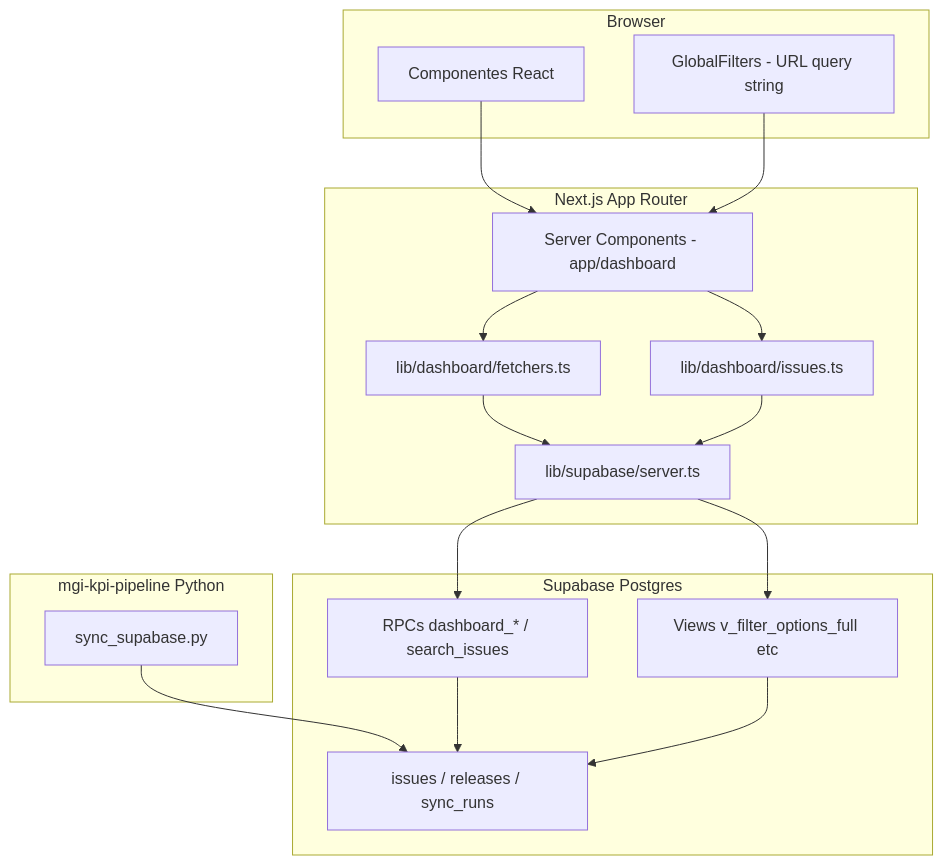
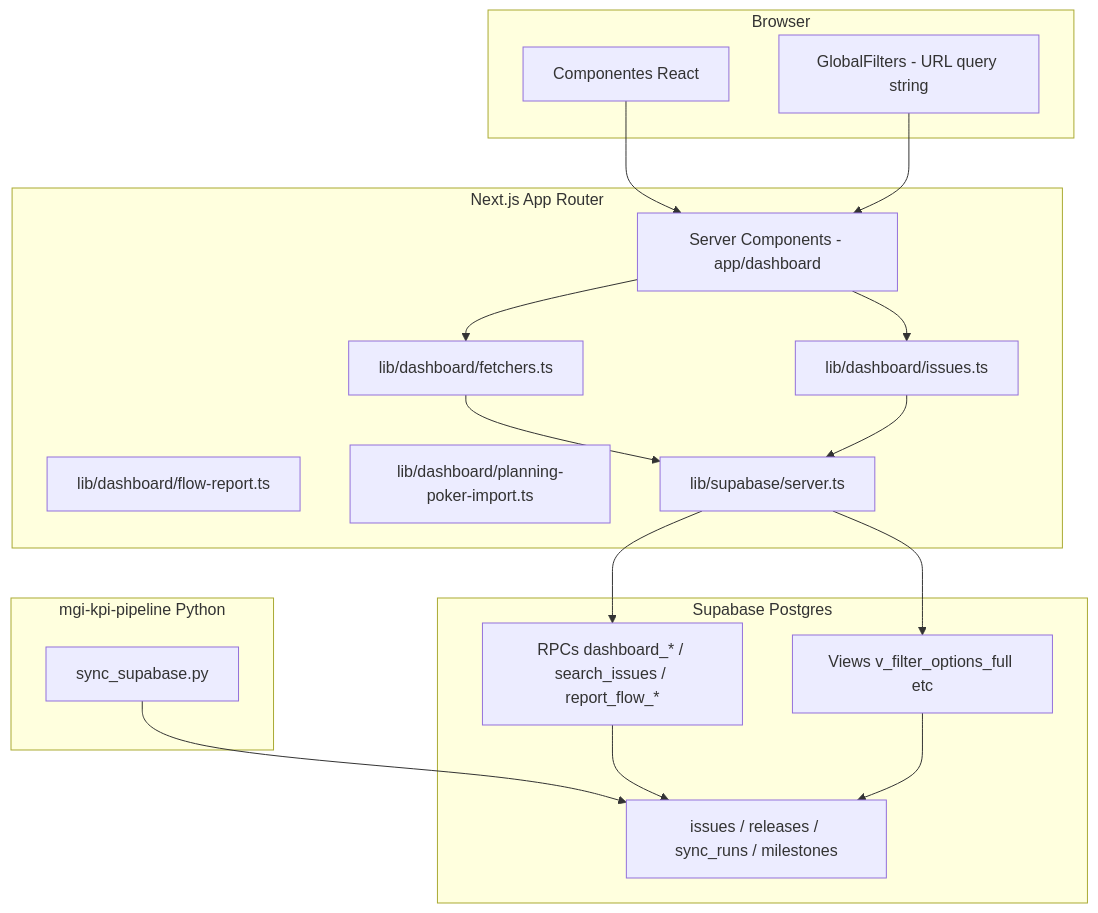
Before and after one commit to MariaHilmar/kpi-dashboard: the first of 2 diagrams in docs/02-arquitetura.md, drawn with Mermaid. The commit also changed other lines of this file and 164 other files, not shown here.

````diff
--- a/docs/02-arquitetura.md
+++ b/docs/02-arquitetura.md
@@ -20,36 +21,38 @@
 ```mermaid
 flowchart TB
   subgraph browser [Browser]
     UI[Componentes React]
     Filters[GlobalFilters - URL query string]
   end
 
   subgraph next [Next.js App Router]
     Pages[Server Components - app/dashboard]
     Fetchers[lib/dashboard/fetchers.ts]
+    FlowReport[lib/dashboard/flow-report.ts]
     IssuesLib[lib/dashboard/issues.ts]
+    ImportLib[lib/dashboard/planning-poker-import.ts]
     SupaClient[lib/supabase/server.ts]
   end
 
   subgraph supabase [Supabase Postgres]
-    RPC[RPCs dashboard_* / search_issues]
+    RPC[RPCs dashboard_* / search_issues / report_flow_*]
     Views[Views v_filter_options_full etc]
-    Tables[issues / releases / sync_runs]
+    Tables[issues / releases / sync_runs / milestones]
   end
 
   subgraph pipeline [mgi-kpi-pipeline Python]
     Sync[sync_supabase.py]
   end
 
   UI --> Pages
   Filters --> Pages
   Pages --> Fetchers
   Pages --> IssuesLib
   Fetchers --> SupaClient
   IssuesLib --> SupaClient
   SupaClient --> RPC
   SupaClient --> Views
   Sync --> Tables
   RPC --> Tables
   Views --> Tables
 ```
````
